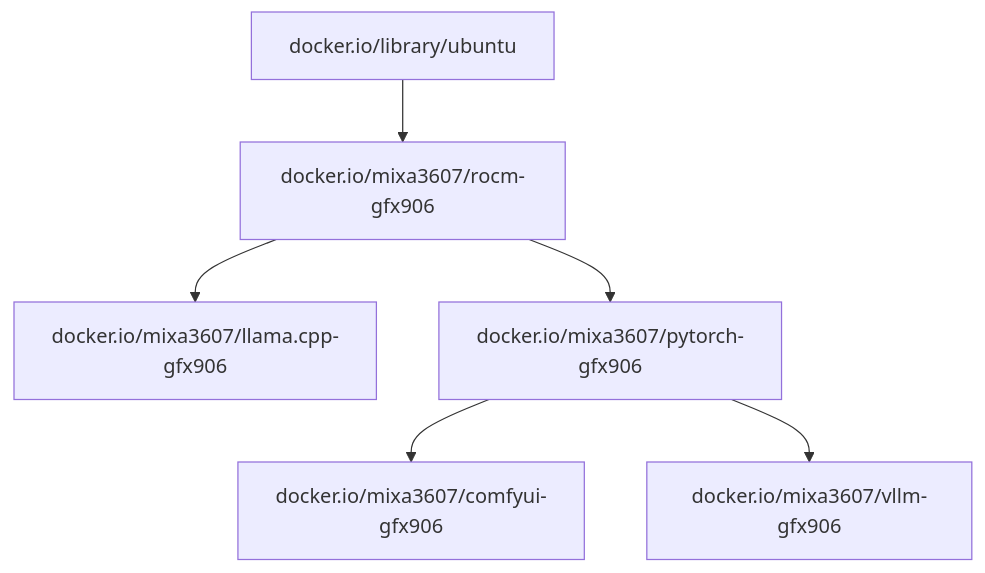
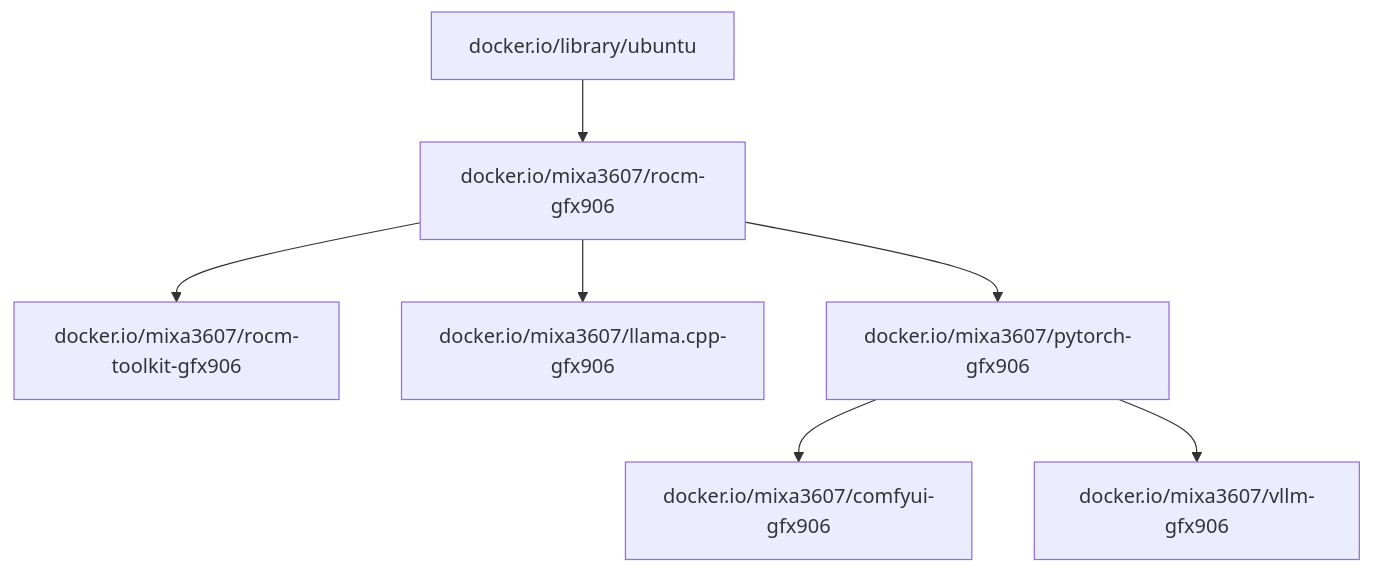
Before and after one commit to mixa3607/ML-gfx906: the diagram in README.md, drawn with Mermaid. The commit also changed other lines of this file and 6 other files, not shown here.

Commit message:
rocm-toolkit: add toolkit image

````diff
--- a/README.md
+++ b/README.md
@@ -53,8 +54,9 @@
 ```mermaid
 flowchart TD
   ubuntu[docker.io/library/ubuntu] --> rocm[docker.io/mixa3607/rocm-gfx906]
+  rocm --> toolkit[docker.io/mixa3607/rocm-toolkit-gfx906]
   rocm --> llama[docker.io/mixa3607/llama.cpp-gfx906]
   rocm --> torch[docker.io/mixa3607/pytorch-gfx906]
   torch --> comfyui[docker.io/mixa3607/comfyui-gfx906]
   torch --> vllm[docker.io/mixa3607/vllm-gfx906]
 ```
````
